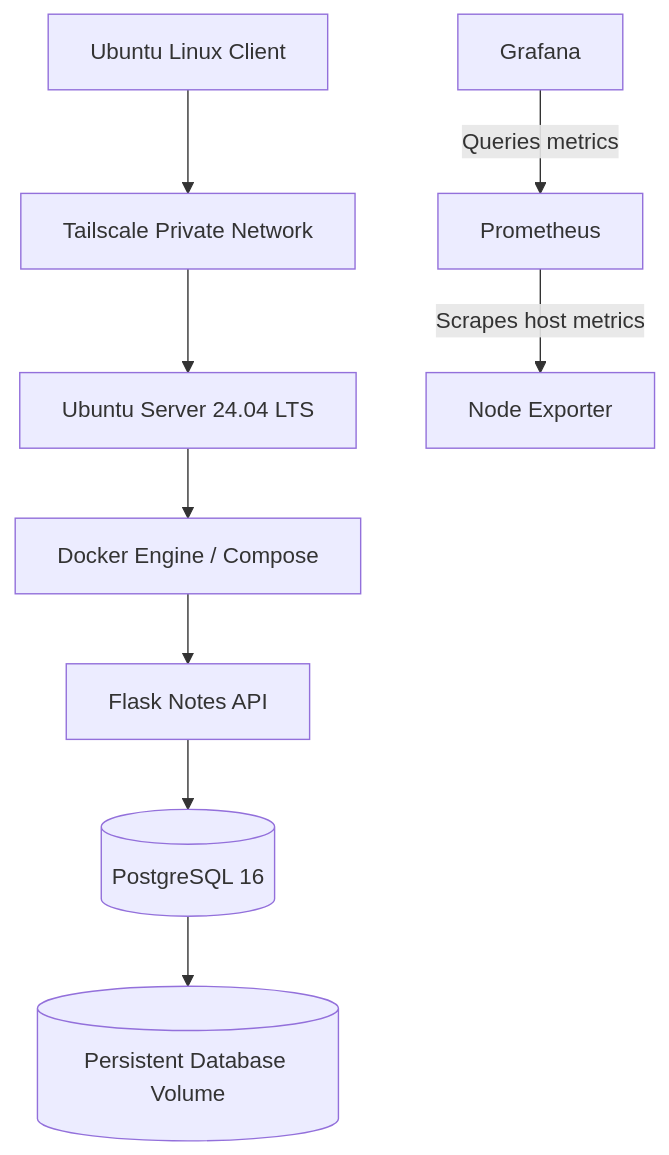
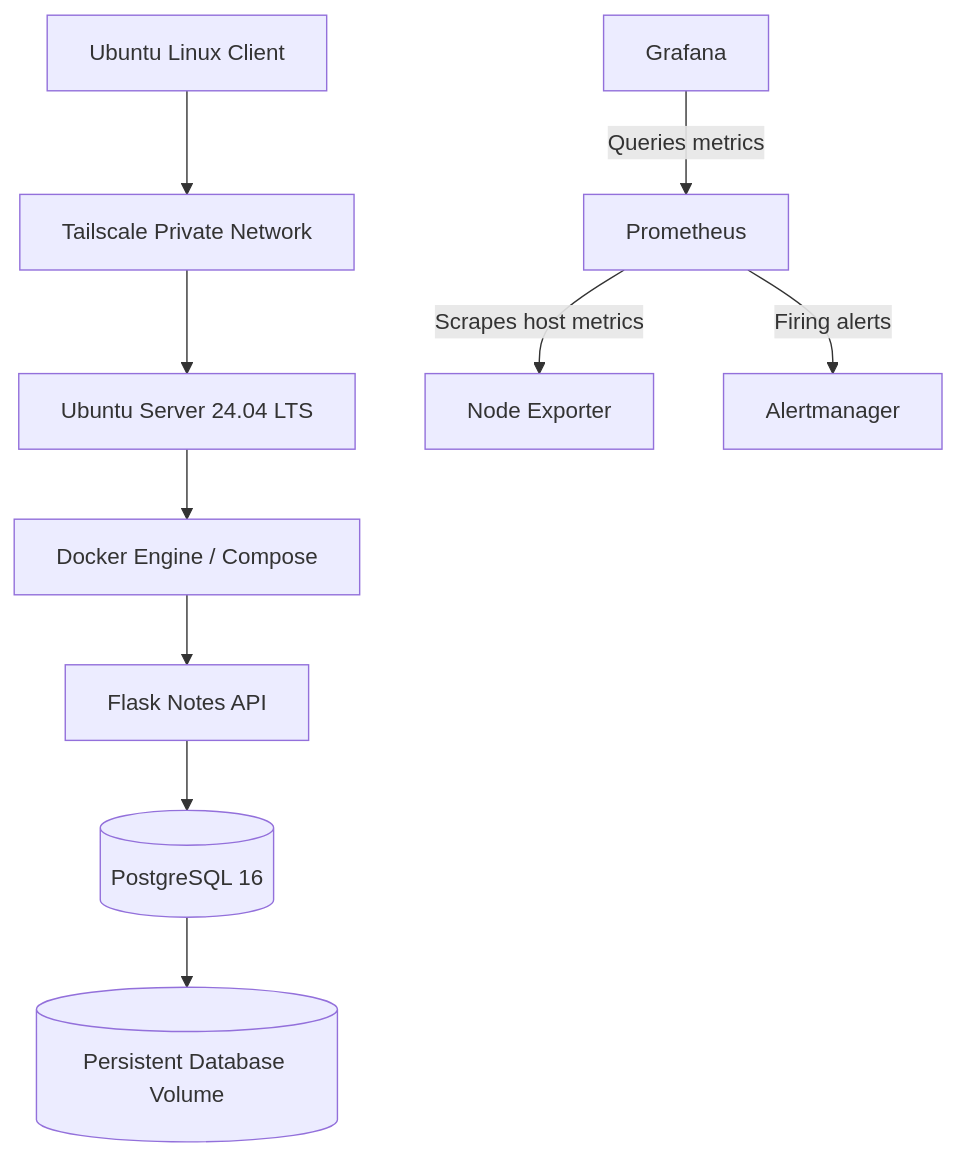
The first of 2 diagrams in README.md (SufiyanKhanCloud/homelab-devops-labs), drawn with Mermaid before and after one commit. The commit also changed other lines of this file, not shown here.

````diff
--- a/README.md
+++ b/README.md
@@ -25,25 +27,27 @@
 ```mermaid
 flowchart TD
     Client["Ubuntu Linux Client"]
     VPN["Tailscale Private Network"]
     Server["Ubuntu Server 24.04 LTS"]
     Docker["Docker Engine / Compose"]
 
     App["Flask Notes API"]
     DB[("PostgreSQL 16")]
     Volume[("Persistent Database Volume")]
 
     Prom["Prometheus"]
     Node["Node Exporter"]
     Grafana["Grafana"]
+    AM["Alertmanager"]
 
     Client --> VPN
     VPN --> Server
     Server --> Docker
     Docker --> App
     App --> DB
     DB --> Volume
 
     Prom -->|"Scrapes host metrics"| Node
     Grafana -->|"Queries metrics"| Prom
+    Prom -->|"Firing alerts"| AM
 ```
````
